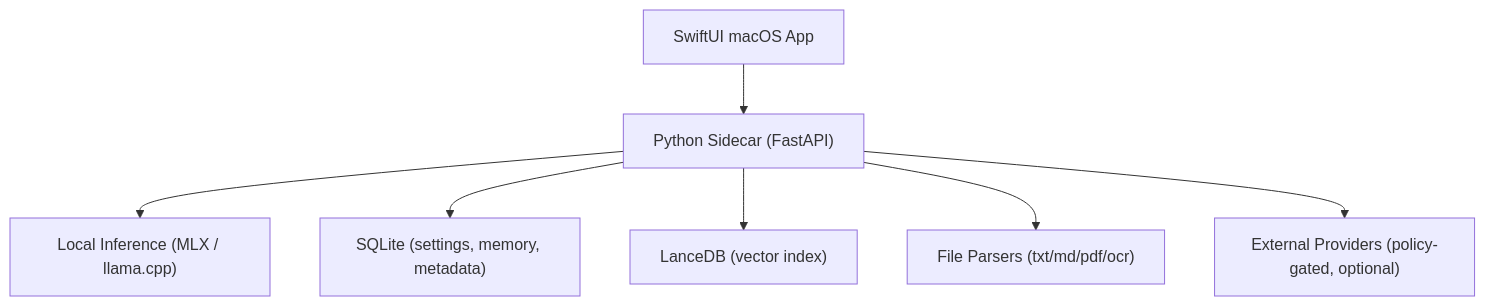
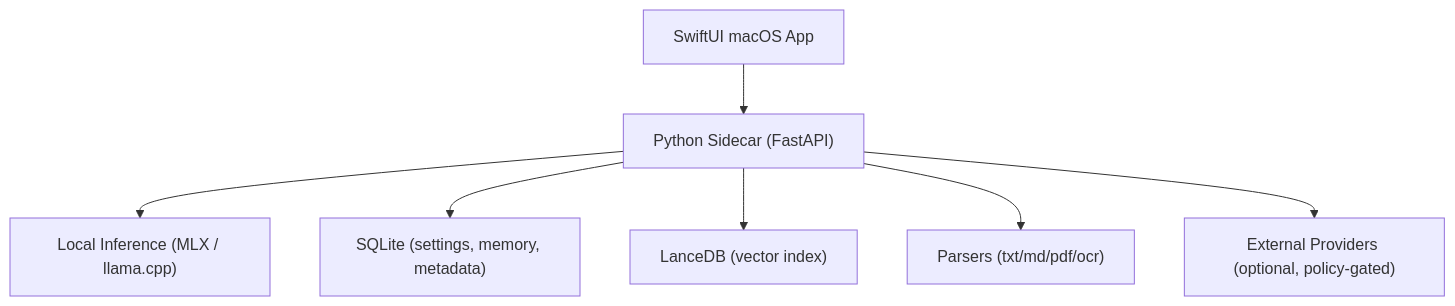
Before and after one commit to adgk2349/PLOS-for-Mac: the diagram in README.md, drawn with Mermaid. The commit also changed other lines of this file and 2 other files, not shown here.

````diff
--- a/README.md
+++ b/README.md
@@ -17,9 +22,9 @@
 ```mermaid
 graph TD
   A["SwiftUI macOS App"] --> B["Python Sidecar (FastAPI)"]
   B --> C["Local Inference (MLX / llama.cpp)"]
   B --> D["SQLite (settings, memory, metadata)"]
   B --> E["LanceDB (vector index)"]
-  B --> F["File Parsers (txt/md/pdf/ocr)"]
-  B --> G["External Providers (policy-gated, optional)"]
+  B --> F["Parsers (txt/md/pdf/ocr)"]
+  B --> G["External Providers (optional, policy-gated)"]
 ```
````
